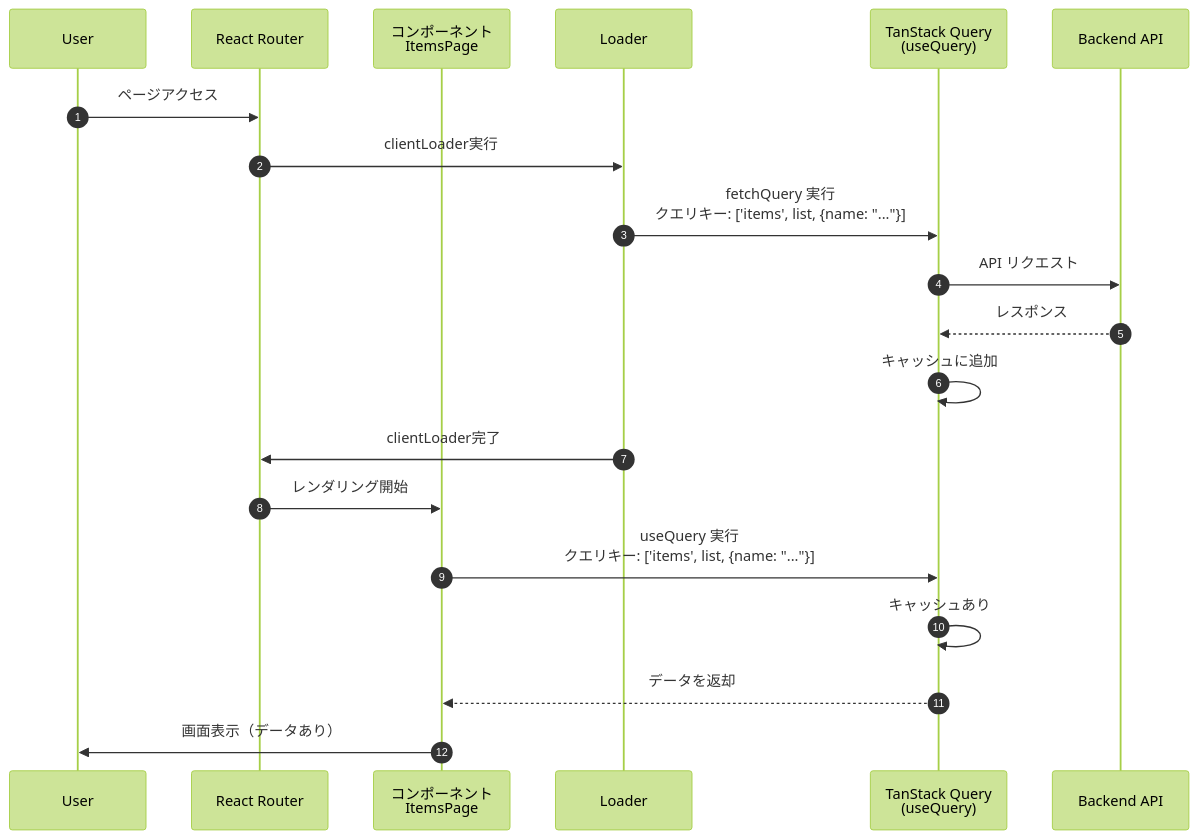
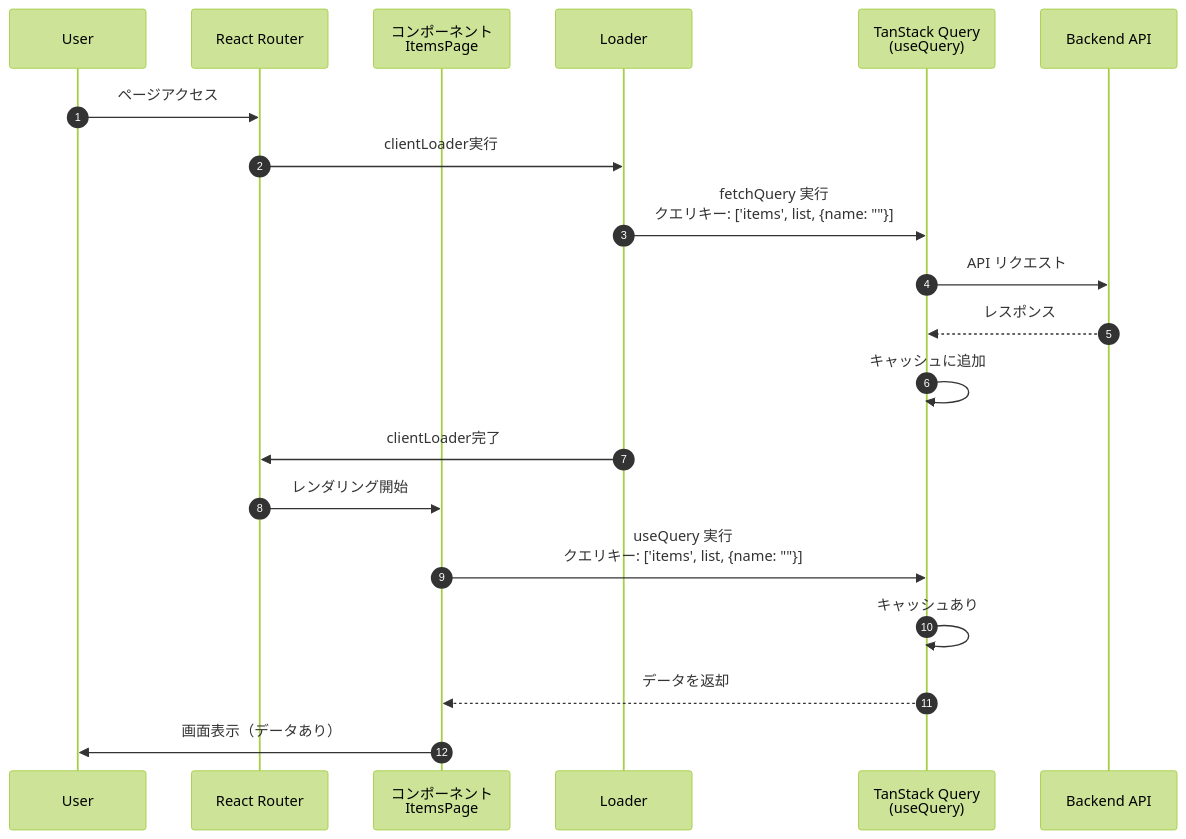
The third of 4 diagrams in docs/guide/7.TanstackQuery.md (daisuke0412/react-sample), drawn with Mermaid (forest theme) before and after one commit. The commit also changed other lines of this file and 10 other files, not shown here.

````diff
--- a/docs/guide/7.TanstackQuery.md
+++ b/docs/guide/7.TanstackQuery.md
@@ -454,23 +500,23 @@
 ```mermaid
 sequenceDiagram
   autonumber
   participant User
   participant Route as React Router
   participant Component as コンポーネント<br>ItemsPage
   participant Loader
   participant TQ as TanStack Query<br>(useQuery)
   participant API as Backend API
 
   User->>Route: ページアクセス
   Route->>Loader: clientLoader実行
-  Loader->>TQ: fetchQuery 実行<br>クエリキー: ['items', list, {name: "..."}]
+  Loader->>TQ: fetchQuery 実行<br>クエリキー: ['items', list, {name: ""}]
   TQ->>API: API リクエスト
   API-->>TQ: レスポンス
   TQ->>TQ: キャッシュに追加
   Loader->>Route: clientLoader完了
   Route->>Component: レンダリング開始
-  Component->>TQ: useQuery 実行<br>クエリキー: ['items', list, {name: "..."}]
+  Component->>TQ: useQuery 実行<br>クエリキー: ['items', list, {name: ""}]
   TQ->>TQ: キャッシュあり
   TQ-->>Component: データを返却
   Component->>User: 画面表示（データあり）
 ```
````
